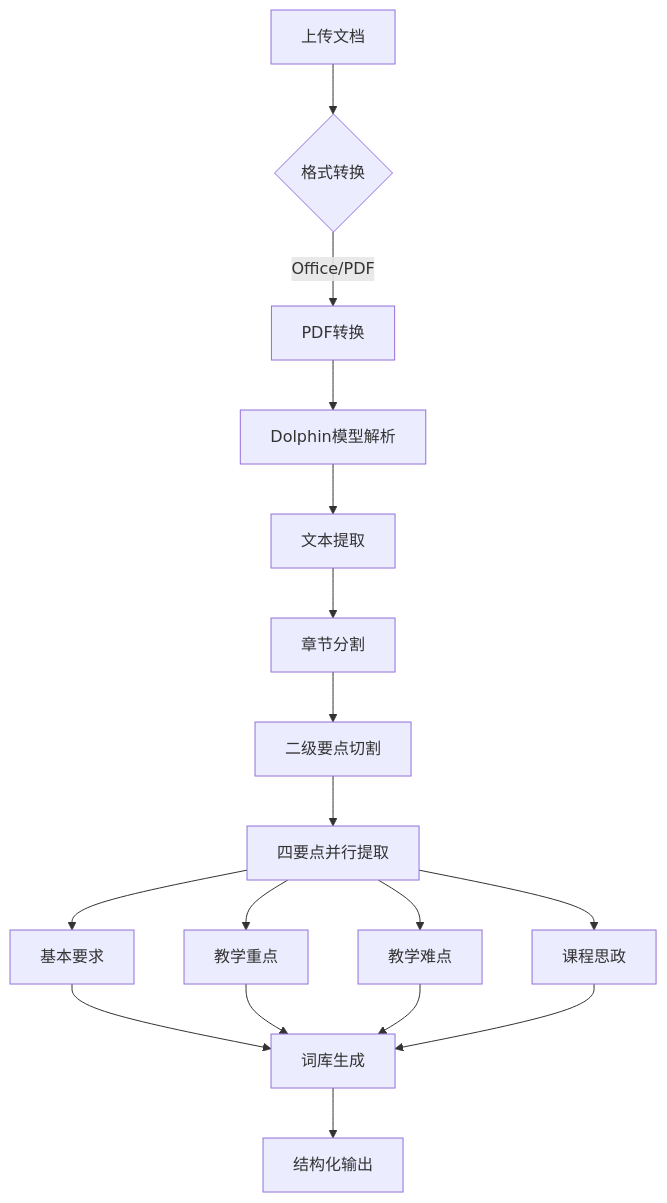
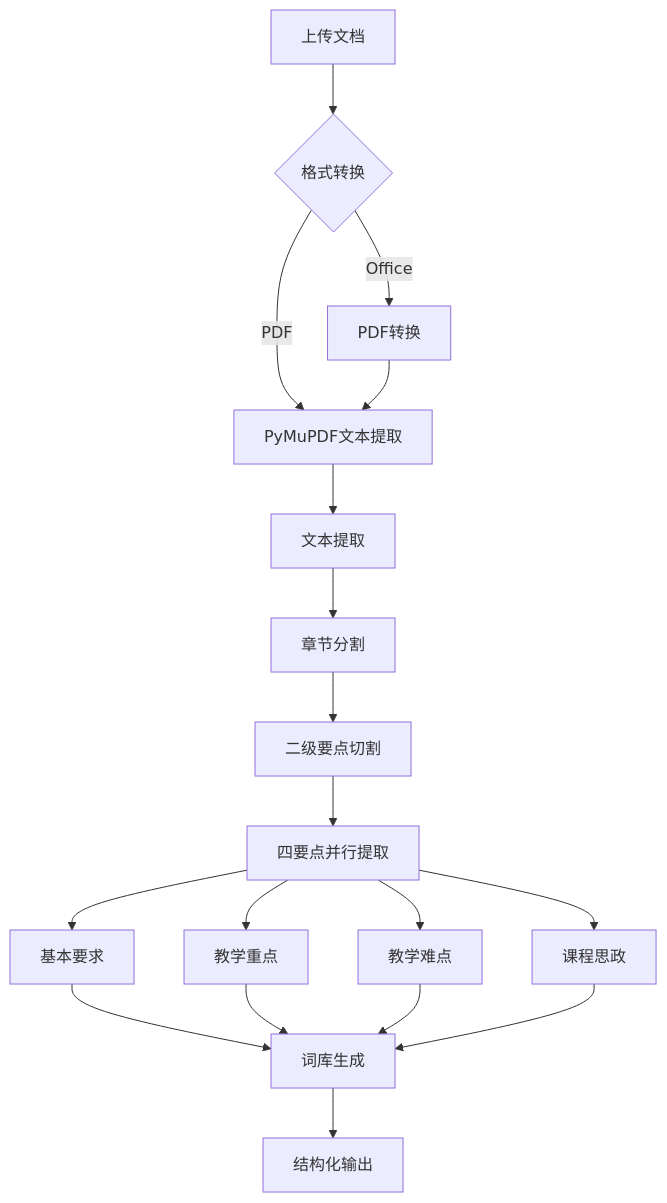
Before and after one commit to ZhangShen55/jy-outline-key-points-extraction: the diagram in README.md, drawn with Mermaid. The commit also changed other lines of this file and 15 other files, not shown here.

````diff
--- a/README.md
+++ b/README.md
@@ -116,19 +113,20 @@
 ```mermaid
 graph TD
     A[上传文档] --> B{格式转换}
-    B -->|Office/PDF| C[PDF转换]
-    C --> D[Dolphin模型解析]
+    B -->|Office| C[PDF转换]
+    B -->|PDF| D[PyMuPDF文本提取]
+    C --> D
     D --> E[文本提取]
     E --> F[章节分割]
     F --> G[二级要点切割]
     G --> H[四要点并行提取]
     H --> I[基本要求]
     H --> J[教学重点]
     H --> K[教学难点]
     H --> L[课程思政]
     I --> M[词库生成]
     J --> M
     K --> M
     L --> M
     M --> N[结构化输出]
 ```
````
